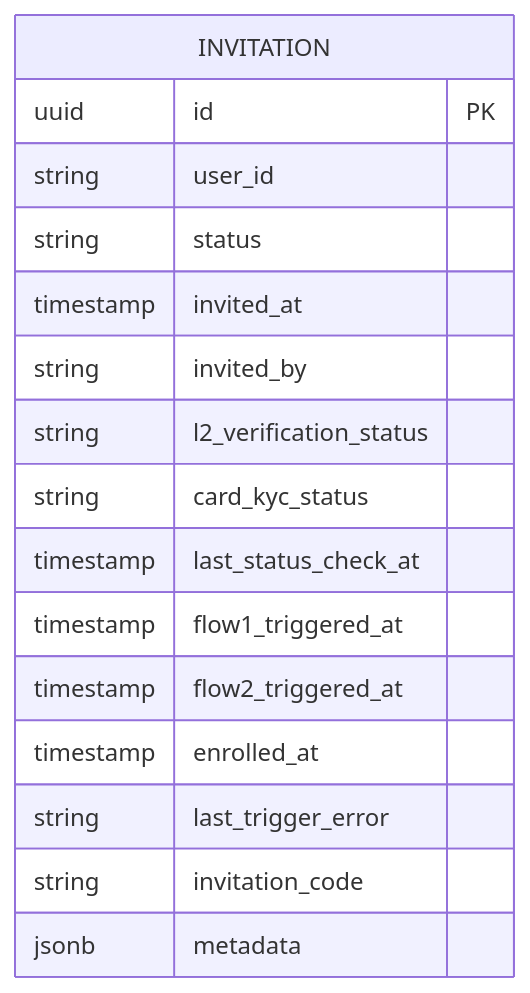
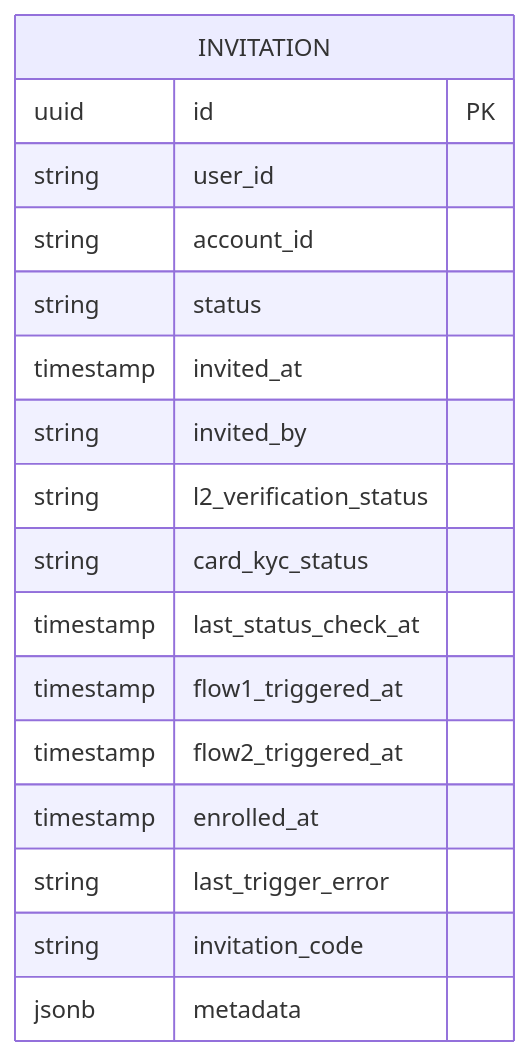
One commit to blinkbitcoin/blink changed the second of 7 diagrams in docs/bmad/tech-spec-program-invitation-system.md. Above: the diagram before and after it, drawn with Mermaid. The commit also changed other lines of this file and 2 other files, not shown here.

Commit message:
docs: update docs to use account_id for querying kyc status from blink_card

````diff
--- a/docs/bmad/tech-spec-program-invitation-system.md
+++ b/docs/bmad/tech-spec-program-invitation-system.md
@@ -182,19 +182,20 @@
 ```mermaid
 erDiagram
     INVITATION {
         uuid id PK
         string user_id
+        string account_id
         string status
         timestamp invited_at
         string invited_by
         string l2_verification_status
         string card_kyc_status
         timestamp last_status_check_at
         timestamp flow1_triggered_at
         timestamp flow2_triggered_at
         timestamp enrolled_at
         string last_trigger_error
         string invitation_code
         jsonb metadata
     }
 ```
````
